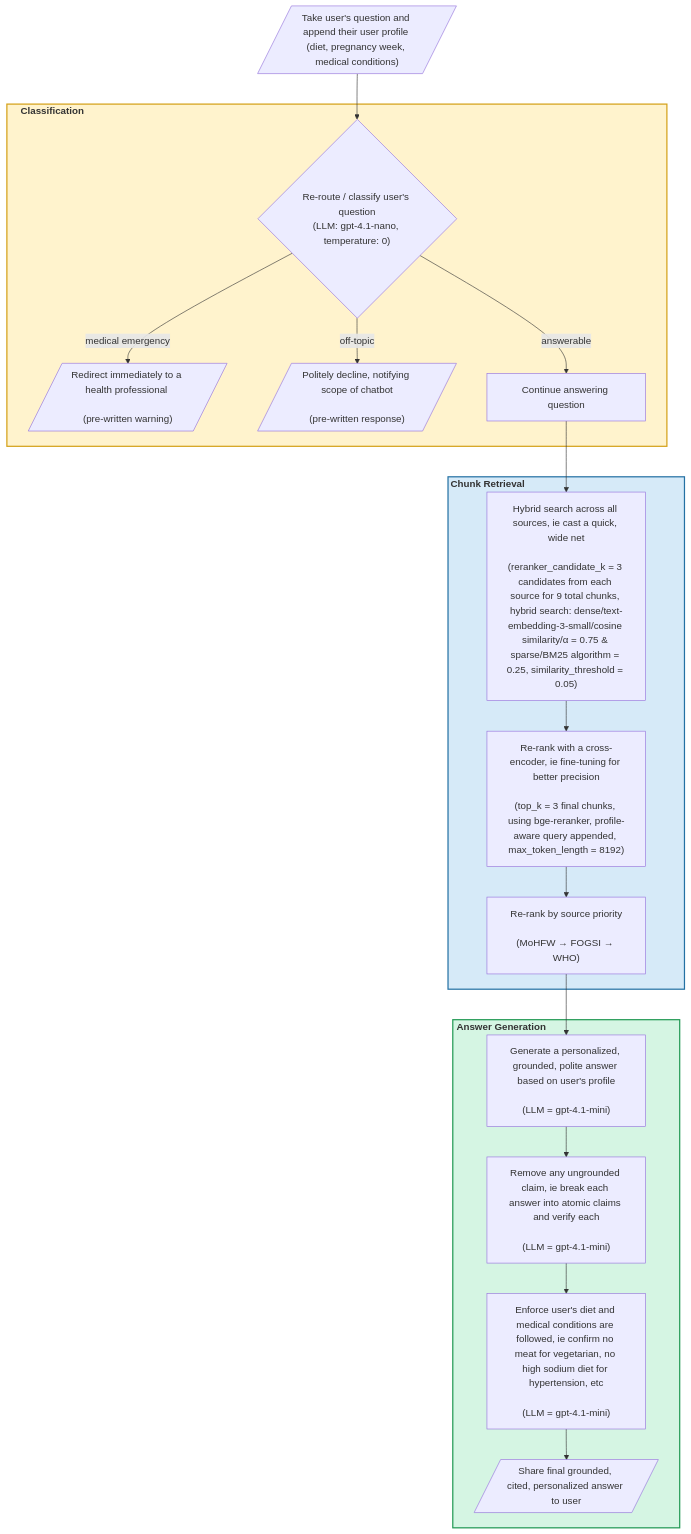
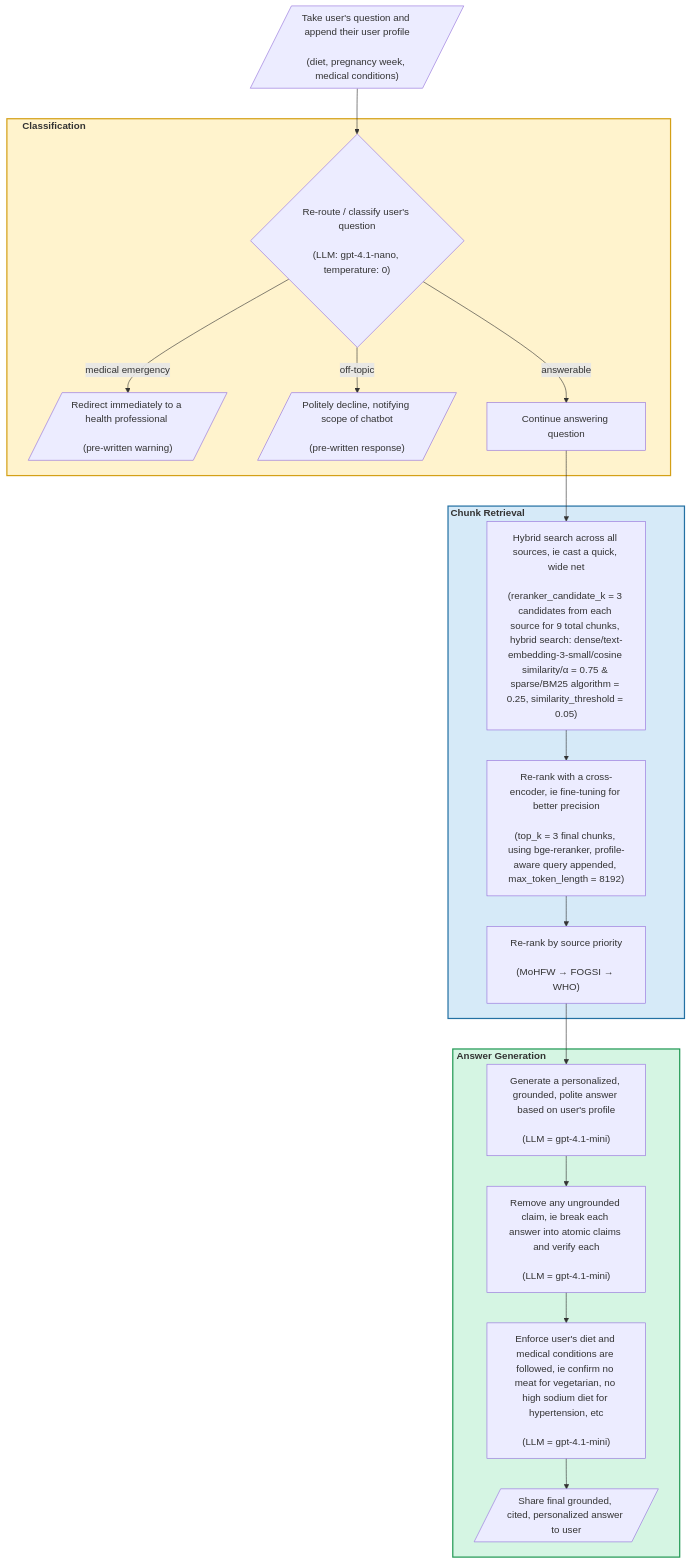
The first of 4 diagrams in README.md (Key2-Success/prenatal_rag_chatbot), drawn with Mermaid before and after one commit.

Commit message:
added line breaks in Mermaid arch diagram to improve readability

````diff
--- a/README.md
+++ b/README.md
@@ -78,33 +78,33 @@
 ```mermaid
 flowchart TD
-    U[/"Take user's question and append their user profile (diet, pregnancy week, medical conditions)"/] --> C
+    U[/"Take user's question and append their user profile<br/><br/>(diet, pregnancy week, medical conditions)"/] --> C
 
     subgraph CLS["<b>Classification</b>&nbsp;&nbsp;&nbsp;&nbsp;&nbsp;&nbsp;&nbsp;&nbsp;&nbsp;&nbsp;&nbsp;&nbsp;&nbsp;&nbsp;&nbsp;&nbsp;&nbsp;&nbsp;&nbsp;&nbsp;&nbsp;&nbsp;&nbsp;&nbsp;&nbsp;&nbsp;&nbsp;&nbsp;&nbsp;&nbsp;&nbsp;&nbsp;&nbsp;&nbsp;&nbsp;&nbsp;&nbsp;&nbsp;&nbsp;&nbsp;&nbsp;&nbsp;&nbsp;&nbsp;&nbsp;&nbsp;&nbsp;&nbsp;&nbsp;&nbsp;&nbsp;&nbsp;&nbsp;&nbsp;&nbsp;&nbsp;&nbsp;&nbsp;&nbsp;&nbsp;&nbsp;&nbsp;&nbsp;&nbsp;&nbsp;&nbsp;&nbsp;&nbsp;&nbsp;&nbsp;&nbsp;&nbsp;&nbsp;&nbsp;&nbsp;&nbsp;&nbsp;&nbsp;&nbsp;&nbsp;&nbsp;&nbsp;&nbsp;&nbsp;&nbsp;&nbsp;&nbsp;&nbsp;&nbsp;&nbsp;&nbsp;&nbsp;&nbsp;&nbsp;&nbsp;&nbsp;&nbsp;&nbsp;&nbsp;&nbsp;&nbsp;&nbsp;&nbsp;&nbsp;&nbsp;&nbsp;&nbsp;&nbsp;&nbsp;&nbsp;&nbsp;&nbsp;&nbsp;&nbsp;&nbsp;&nbsp;&nbsp;&nbsp;&nbsp;&nbsp;&nbsp;&nbsp;&nbsp;&nbsp;&nbsp;&nbsp;&nbsp;&nbsp;&nbsp;&nbsp;&nbsp;&nbsp;&nbsp;&nbsp;&nbsp;&nbsp;&nbsp;&nbsp;&nbsp;&nbsp;&nbsp;&nbsp;&nbsp;&nbsp;&nbsp;&nbsp;&nbsp;&nbsp;&nbsp;&nbsp;&nbsp;&nbsp;&nbsp;&nbsp;&nbsp;&nbsp;&nbsp;&nbsp;&nbsp;&nbsp;&nbsp;&nbsp;&nbsp;&nbsp;&nbsp;&nbsp;&nbsp;&nbsp;&nbsp;&nbsp;&nbsp;&nbsp;&nbsp;&nbsp;&nbsp;&nbsp;&nbsp;&nbsp;&nbsp;&nbsp;&nbsp;&nbsp;&nbsp;&nbsp;&nbsp;&nbsp;&nbsp;&nbsp;&nbsp;&nbsp;&nbsp;&nbsp;&nbsp;&nbsp;&nbsp;&nbsp;&nbsp;&nbsp;&nbsp;&nbsp;&nbsp;&nbsp;&nbsp;&nbsp;&nbsp;&nbsp;&nbsp;&nbsp;&nbsp;&nbsp;"]
-        C{"Re-route / classify user's question<br/>(LLM: gpt-4.1-nano, temperature: 0)"}
+        C{"Re-route / classify user's question<br/><br/>(LLM: gpt-4.1-nano, temperature: 0)"}
         C -->|"medical emergency"| E[/"Redirect immediately to a health professional <br/><br/>(pre-written warning)"/]
         C -->|"off-topic"| O[/"Politely decline, notifying scope of chatbot<br/><br/>(pre-written response)"/]
         C -->|"answerable"| A["Continue answering question"]
     end
 
     subgraph RET["<b> Chunk Retrieval</b>&nbsp;&nbsp;&nbsp;&nbsp;&nbsp;&nbsp;&nbsp;&nbsp;&nbsp;&nbsp;&nbsp;&nbsp;&nbsp;&nbsp;&nbsp;&nbsp;&nbsp;&nbsp;&nbsp;&nbsp;&nbsp;&nbsp;&nbsp;&nbsp;&nbsp;&nbsp;&nbsp;&nbsp;&nbsp;&nbsp;&nbsp;&nbsp;&nbsp;&nbsp;&nbsp;&nbsp;&nbsp;&nbsp;&nbsp;&nbsp;&nbsp;&nbsp;&nbsp;&nbsp;&nbsp;&nbsp;&nbsp;&nbsp;&nbsp;&nbsp;&nbsp;&nbsp;&nbsp;&nbsp;&nbsp;&nbsp;&nbsp;&nbsp;"]
         R["Hybrid search across all sources, ie cast a quick, wide net<br/><br/>(reranker_candidate_k = 3 candidates from each source for 9 total chunks, hybrid search: dense/text-embedding-3-small/cosine similarity/α = 0.75 &amp; sparse/BM25 algorithm = 0.25, similarity_threshold = 0.05)"]
         RR["Re-rank with a cross-encoder, ie fine-tuning for better precision<br/><br/>(top_k = 3 final chunks, using bge-reranker, profile-aware query appended, max_token_length = 8192)"]
         ORD["Re-rank by source priority<br/><br/>(MoHFW → FOGSI → WHO)"]
         R --> RR --> ORD
     end
 
     subgraph GEN["<b>Answer Generation</b>&nbsp;&nbsp;&nbsp;&nbsp;&nbsp;&nbsp;&nbsp;&nbsp;&nbsp;&nbsp;&nbsp;&nbsp;&nbsp;&nbsp;&nbsp;&nbsp;&nbsp;&nbsp;&nbsp;&nbsp;&nbsp;&nbsp;&nbsp;&nbsp;&nbsp;&nbsp;&nbsp;&nbsp;&nbsp;&nbsp;&nbsp;&nbsp;&nbsp;&nbsp;&nbsp;&nbsp;&nbsp;&nbsp;&nbsp;&nbsp;&nbsp;&nbsp;&nbsp;&nbsp;&nbsp;&nbsp;&nbsp;&nbsp;"]
         P["Generate a personalized, grounded, polite answer based on user's profile<br/><br/>(LLM = gpt-4.1-mini)"]
         REV["Remove any ungrounded claim, ie break each answer into atomic claims and verify each<br/><br/>(LLM = gpt-4.1-mini)"]
         V["Enforce user's diet and medical conditions are followed, ie confirm no meat for vegetarian, no high sodium diet for hypertension, etc<br/><br/>(LLM = gpt-4.1-mini)"]
         RESP[/"Share final grounded, cited, personalized answer to user"/]
         P --> REV --> V --> RESP
     end
 
     A --> R
     ORD --> P
 
     style CLS fill:#fff3cd,stroke:#d4a017,stroke-width:2px
     style RET fill:#d6eaf8,stroke:#2471a3,stroke-width:2px
     style GEN fill:#d5f5e3,stroke:#229954,stroke-width:2px
 ```
````
